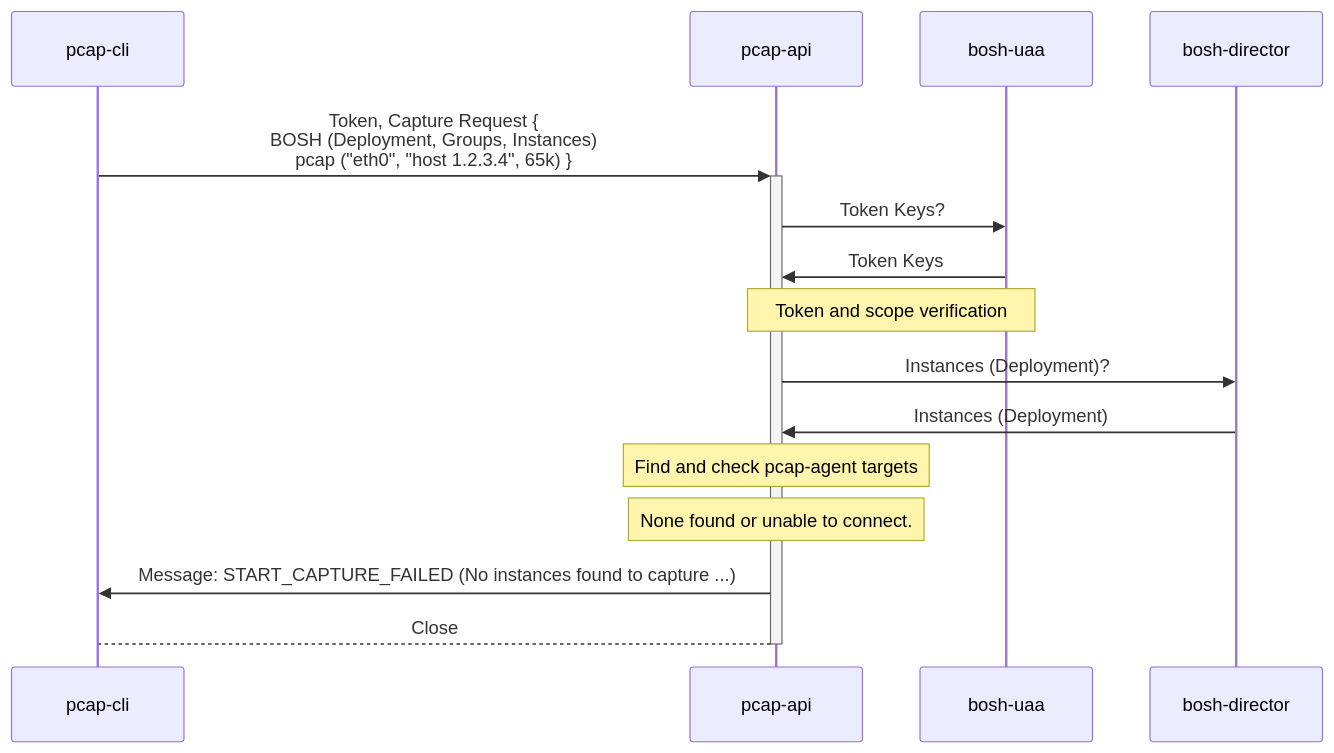
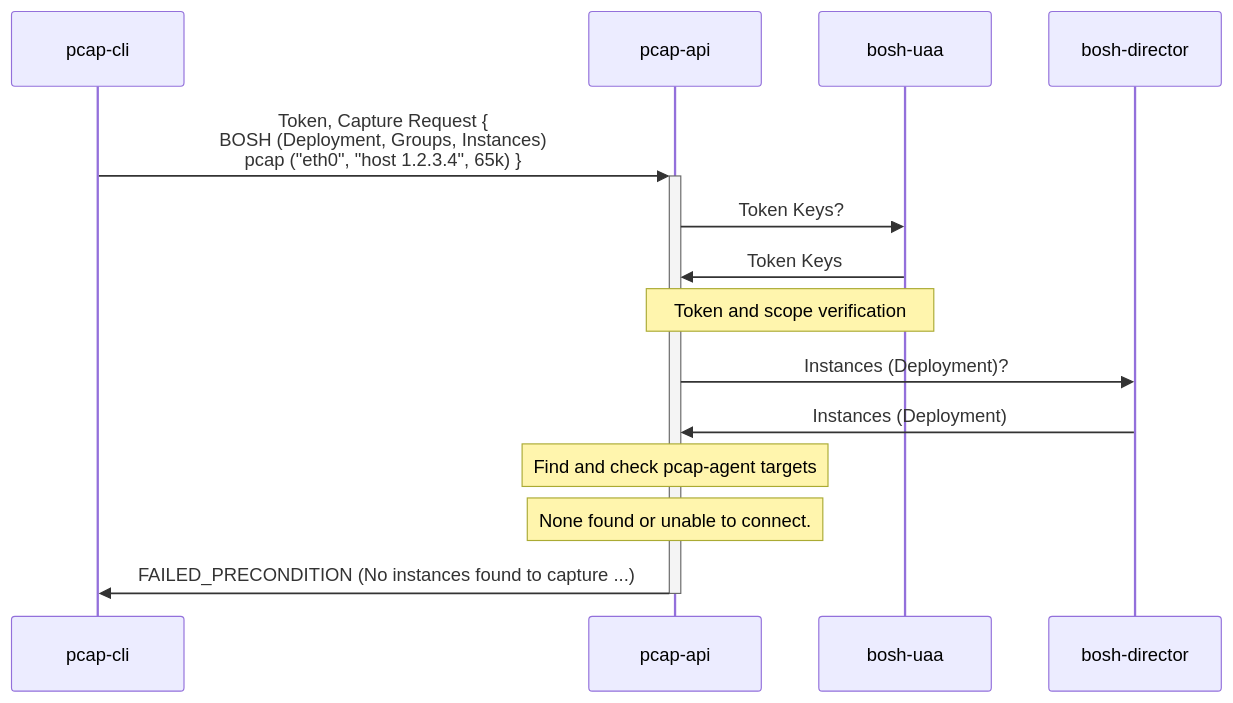
Diagram 13 of 21 in docs/api-communication-spec.md (cloudfoundry/pcap-release), drawn with Mermaid before and after one commit. The commit also changed other lines of this file, not shown here.

Commit message:
docs(api): adapted all use cases to native gRPC status codes where applicable

````diff
--- a/docs/api-communication-spec.md
+++ b/docs/api-communication-spec.md
@@ -661,14 +656,13 @@
 ```mermaid
 sequenceDiagram
     pcap-cli ->>+ pcap-api: Token, Capture Request {<br/>BOSH (Deployment, Groups, Instances)<br/>pcap ("eth0", "host 1.2.3.4", 65k) }
     pcap-api ->> bosh-uaa: Token Keys?
     bosh-uaa ->> pcap-api: Token Keys
     note over pcap-api, bosh-uaa: Token and scope verification    
     pcap-api ->> bosh-director: Instances (Deployment)?
     bosh-director ->> pcap-api: Instances (Deployment)
     note over pcap-api: Find and check pcap-agent targets
     note over pcap-api: None found or unable to connect.
     
-    pcap-api ->> pcap-cli: Message: START_CAPTURE_FAILED (No instances found to capture ...)
-    pcap-api -->- pcap-cli: Close
+    pcap-api ->>- pcap-cli: FAILED_PRECONDITION (No instances found to capture ...)
 ```
````
